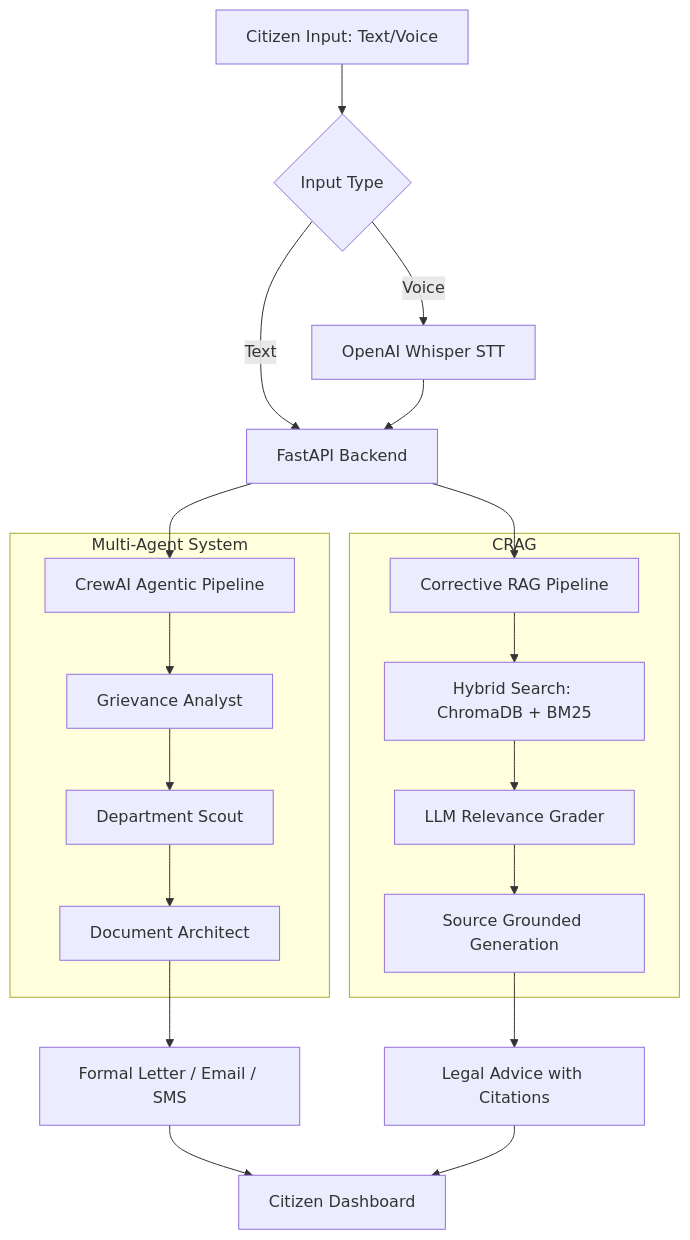
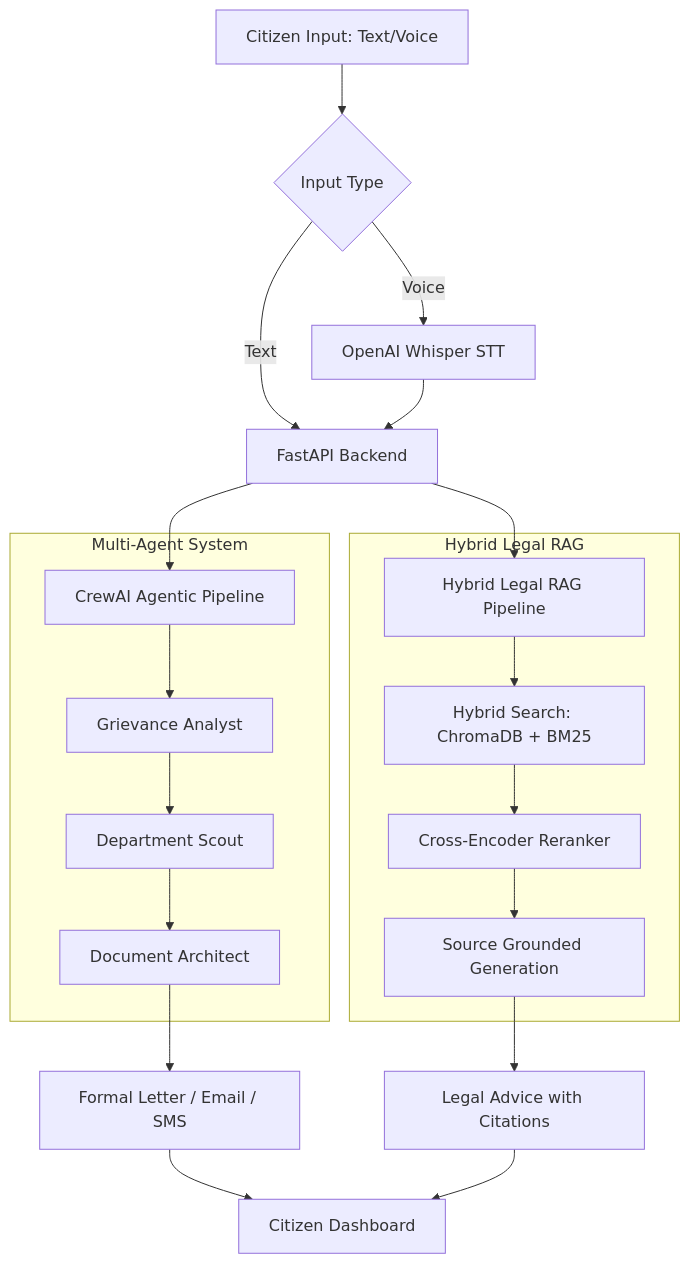
One commit to amitkarmakar07/NyayaVaani changed the diagram in README.md. Above: the diagram before and after it, drawn with Mermaid. The commit also changed other lines of this file and 26 other files, not shown here.

Commit message:
Refactor: Rename CorrectiveRAG to LegalRAGPipeline, update security guardrails for follow-up queries, and add evaluation suite

````diff
--- a/README.md
+++ b/README.md
@@ -65,26 +65,26 @@
 ```mermaid
 graph TD
     A[Citizen Input: Text/Voice] --> B{Input Type}
     B -- Voice --> C[OpenAI Whisper STT]
     B -- Text --> D[FastAPI Backend]
     C --> D
     
     D --> E[CrewAI Agentic Pipeline]
     subgraph "Multi-Agent System"
         E --> E1[Grievance Analyst]
         E1 --> E2[Department Scout]
         E2 --> E3[Document Architect]
     end
     
-    D --> F[Corrective RAG Pipeline]
-    subgraph "CRAG"
+    D --> F[Hybrid Legal RAG Pipeline]
+    subgraph "Hybrid Legal RAG"
         F --> F1[Hybrid Search: ChromaDB + BM25]
-        F1 --> F2[LLM Relevance Grader]
+        F1 --> F2[Cross-Encoder Reranker]
         F2 --> F3[Source Grounded Generation]
     end
     
     E3 --> G[Formal Letter / Email / SMS]
     F3 --> H[Legal Advice with Citations]
     G --> I[Citizen Dashboard]
     H --> I
 ```
````
